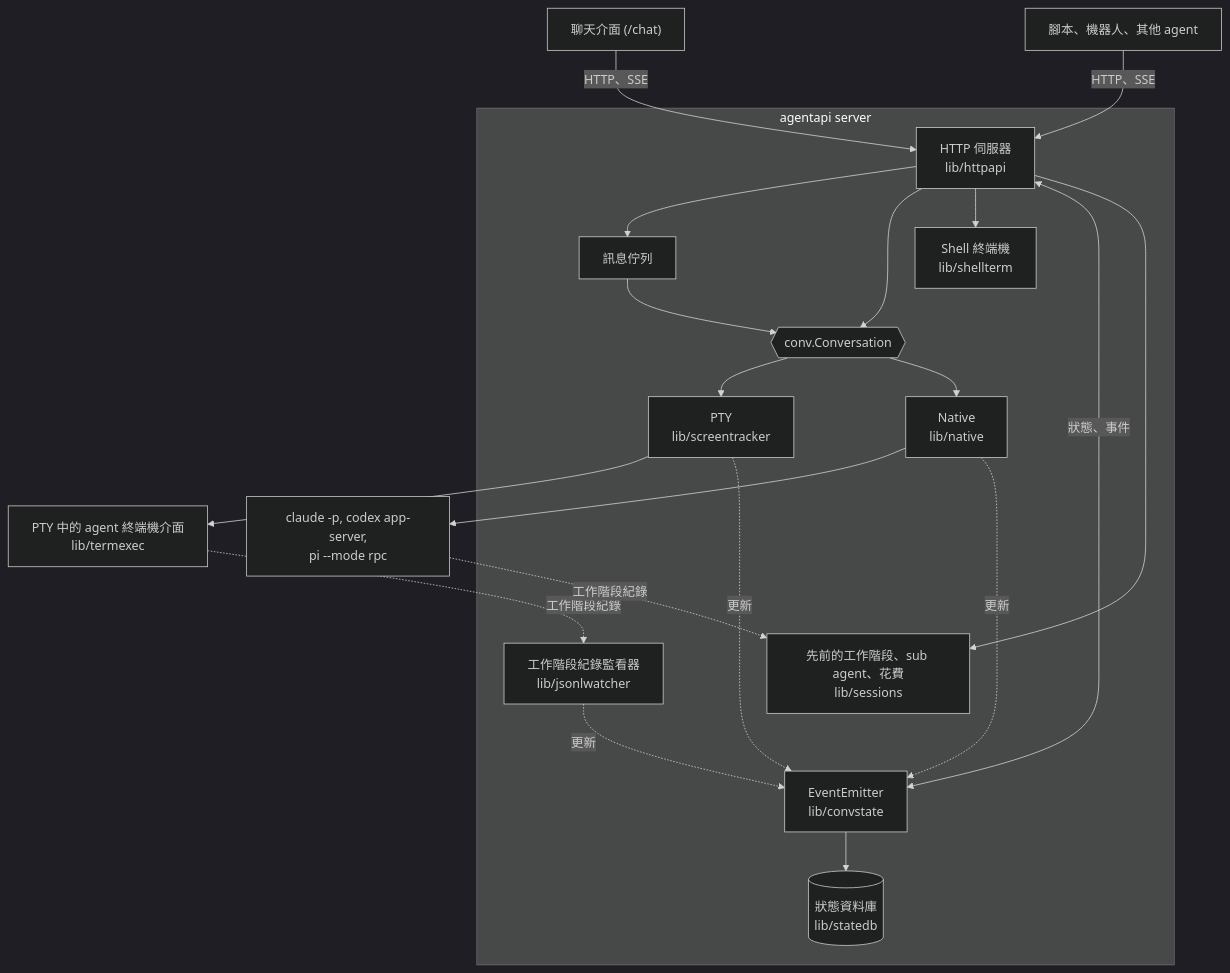
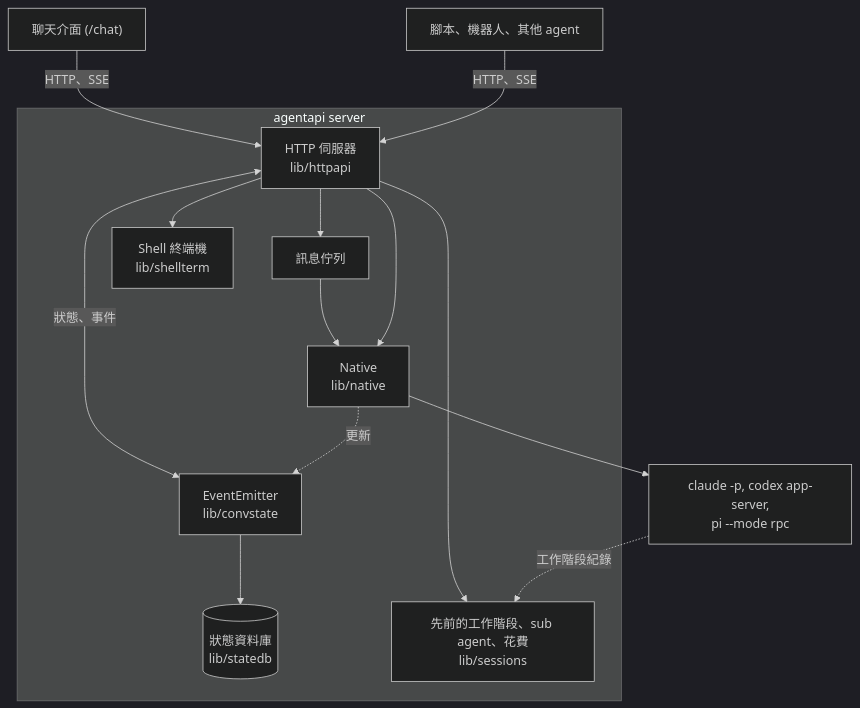
One commit to k1dav-c/agentapi changed the first of 2 diagrams in docs/architecture.zh-TW.md. Above: the diagram before and after it, drawn with Mermaid (dark theme). The commit also changed other lines of this file and 10 other files, not shown here.

````diff
--- a/docs/architecture.zh-TW.md
+++ b/docs/architecture.zh-TW.md
@@ -31,34 +29,26 @@
 ```mermaid
 flowchart TB
   chat["聊天介面 (/chat)"]
   tools["腳本、機器人、其他 agent"]
   subgraph server["agentapi server"]
     http["HTTP 伺服器<br/>lib/httpapi"]
     queue["訊息佇列"]
     emitter["EventEmitter<br/>lib/convstate"]
     db[("狀態資料庫<br/>lib/statedb")]
     shell["Shell 終端機<br/>lib/shellterm"]
-    conv{{"conv.Conversation"}}
-    pty["PTY<br/>lib/screentracker"]
     native["Native<br/>lib/native"]
-    jsonl["工作階段紀錄監看器<br/>lib/jsonlwatcher"]
     sessions["先前的工作階段、sub agent、花費<br/>lib/sessions"]
   end
-  tui["PTY 中的 agent 終端機介面<br/>lib/termexec"]
   proto["claude -p, codex app-server,<br/>pi --mode rpc"]
   chat -- "HTTP、SSE" --> http
   tools -- "HTTP、SSE" --> http
-  http --> queue --> conv
-  http --> conv
+  http --> queue --> native
+  http --> native
   http --> shell
   http <-- "狀態、事件" --> emitter
   emitter --> db
-  conv --> pty --> tui
-  conv --> native --> proto
-  tui -. "工作階段紀錄" .-> jsonl
-  pty -. "更新" .-> emitter
+  native --> proto
   native -. "更新" .-> emitter
-  jsonl -. "更新" .-> emitter
   http --> sessions
   proto -. "工作階段紀錄" .-> sessions
 ```
````
